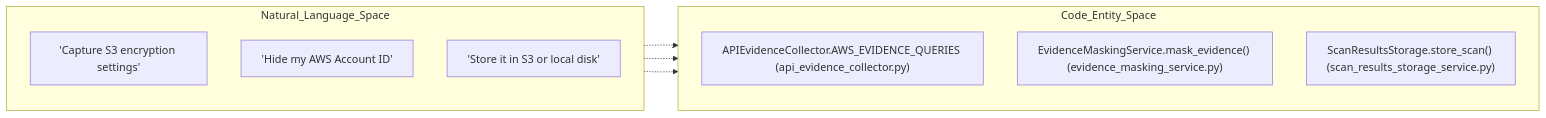
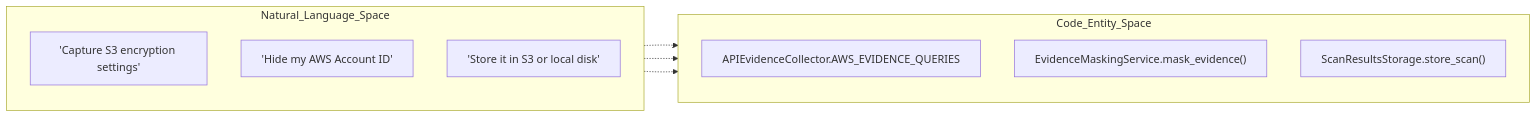
The second of 2 diagrams in docs/data-layer/core-services.md (niteshsaini/offloadsecurity-docs), drawn with Mermaid before and after one commit. The commit also changed other lines of this file and 16 other files, not shown here.

````diff
--- a/docs/data-layer/core-services.md
+++ b/docs/data-layer/core-services.md
@@ -79,20 +76,20 @@
 ```mermaid
 graph LR
     subgraph "Natural_Language_Space"
         direction TB
         A["'Capture S3 encryption settings'"]
         B["'Hide my AWS Account ID'"]
         C["'Store it in S3 or local disk'"]
     end
 
     subgraph "Code_Entity_Space"
         direction TB
-        A1["APIEvidenceCollector.AWS_EVIDENCE_QUERIES (api_evidence_collector.py)"]
-        B1["EvidenceMaskingService.mask_evidence() (evidence_masking_service.py)"]
-        C1["ScanResultsStorage.store_scan() (scan_results_storage_service.py)"]
+        A1["APIEvidenceCollector.AWS_EVIDENCE_QUERIES"]
+        B1["EvidenceMaskingService.mask_evidence()"]
+        C1["ScanResultsStorage.store_scan()"]
     end
 
     A -.-> A1
     B -.-> B1
     C -.-> C1
 ```
````
